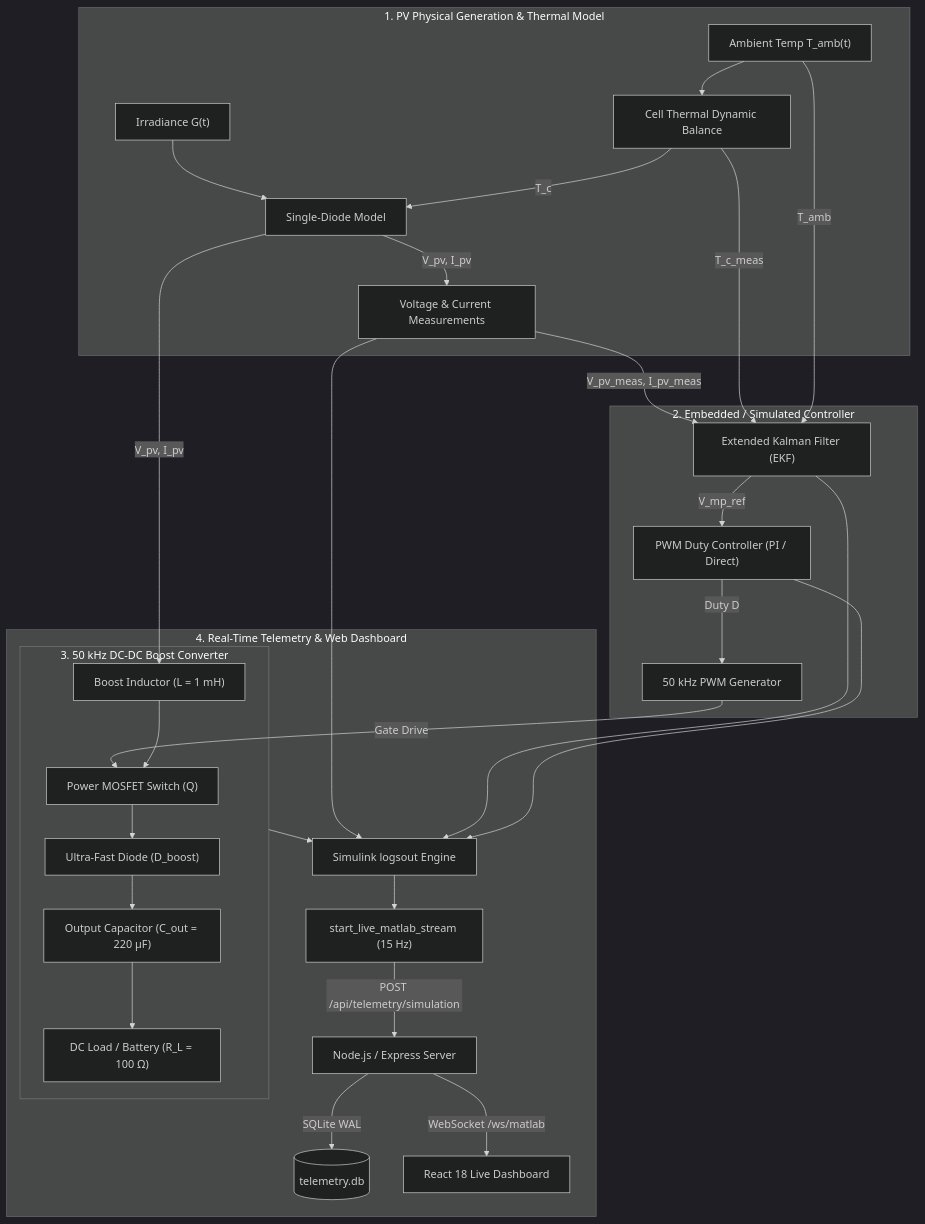
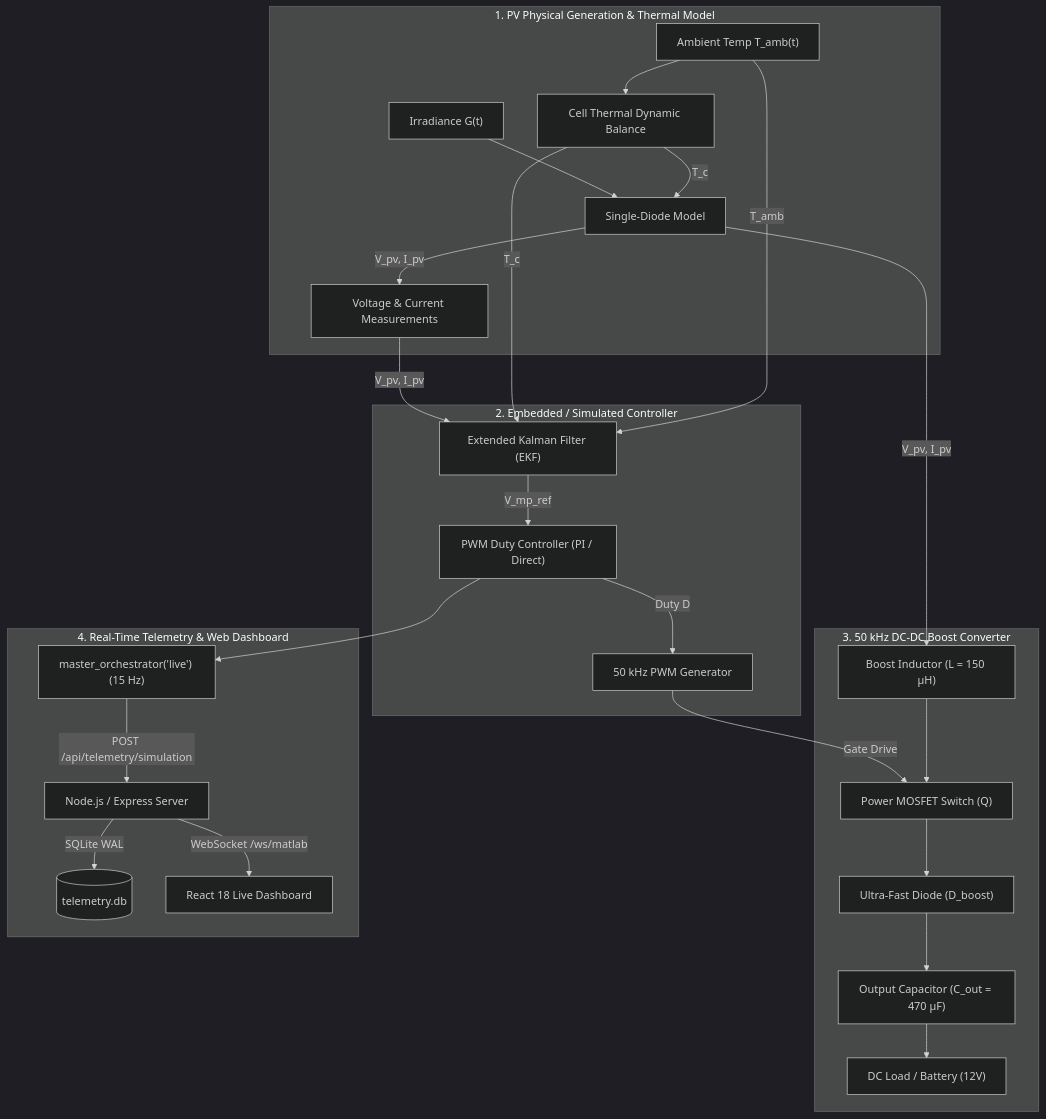
The diagram in matlab/README.md (siddardhvanguri-source/renewable_energy_technology_dashboard), drawn with Mermaid (dark theme) before and after one commit. The commit also changed 1 other file, not shown here.

Commit message:
Fix Mermaid diagram edge label quotes for GitHub renderer

````diff
--- a/matlab/README.md
+++ b/matlab/README.md
@@ -14,34 +14,33 @@
 ```mermaid
 graph TD
     subgraph PV_Array["1. PV Physical Generation & Thermal Model"]
         G["Irradiance G(t)"] --> PV["Single-Diode Model"]
         Tamb["Ambient Temp T_amb(t)"] --> Thermal["Cell Thermal Dynamic Balance"]
-        Thermal -->|T_c| PV
-        PV -->|V_pv, I_pv| Sensors["Voltage & Current Measurements"]
+        Thermal -->|"T_c"| PV
+        PV -->|"V_pv, I_pv"| Sensors["Voltage & Current Measurements"]
     end
 
     subgraph Controller["2. Embedded / Simulated Controller"]
-        Sensors -->|V_pv_meas, I_pv_meas| EKF["Extended Kalman Filter (EKF)"]
-        Thermal -->|T_c_meas| EKF
-        Tamb -->|T_amb| EKF
-        EKF -->|V_mp_ref| DutyCtrl["PWM Duty Controller (PI / Direct)"]
-        DutyCtrl -->|Duty D| PWMGen["50 kHz PWM Generator"]
+        Sensors -->|"V_pv, I_pv"| EKF["Extended Kalman Filter (EKF)"]
+        Thermal -->|"T_c"| EKF
+        Tamb -->|"T_amb"| EKF
+        EKF -->|"V_mp_ref"| DutyCtrl["PWM Duty Controller (PI / Direct)"]
+        DutyCtrl -->|"Duty D"| PWMGen["50 kHz PWM Generator"]
     end
 
     subgraph PowerStage["3. 50 kHz DC-DC Boost Converter"]
-        PWMGen -->|Gate Drive| MOSFET["Power MOSFET Switch (Q)"]
-        PV -->|V_pv, I_pv| Inductor["Boost Inductor (L = 1 mH)"]
+        PWMGen -->|"Gate Drive"| MOSFET["Power MOSFET Switch (Q)"]
+        PV -->|"V_pv, I_pv"| Inductor["Boost Inductor (L = 150 µH)"]
         Inductor --> MOSFET
         MOSFET --> Diode["Ultra-Fast Diode (D_boost)"]
-        Diode --> OutCap["Output Capacitor (C_out = 220 µF)"]
-        OutCap --> Load["DC Load / Battery (R_L = 100 Ω)"]
+        Diode --> OutCap["Output Capacitor (C_out = 470 µF)"]
+        OutCap --> Load["DC Load / Battery (12V)"]
     end
 
     subgraph Telemetry["4. Real-Time Telemetry & Web Dashboard"]
-        Sensors & EKF & DutyCtrl & PowerStage --> Log["Simulink logsout Engine"]
-        Log --> Streamer["start_live_matlab_stream (15 Hz)"]
-        Streamer -->|POST /api/telemetry/simulation| NodeAPI["Node.js / Express Server"]
-        NodeAPI -->|SQLite WAL| DB[(telemetry.db)]
-        NodeAPI -->|WebSocket /ws/matlab| ReactUI["React 18 Live Dashboard"]
+        DutyCtrl --> Streamer["master_orchestrator('live') (15 Hz)"]
+        Streamer -->|"POST /api/telemetry/simulation"| NodeAPI["Node.js / Express Server"]
+        NodeAPI -->|"SQLite WAL"| DB[("telemetry.db")]
+        NodeAPI -->|"WebSocket /ws/matlab"| ReactUI["React 18 Live Dashboard"]
     end
 ```
````
